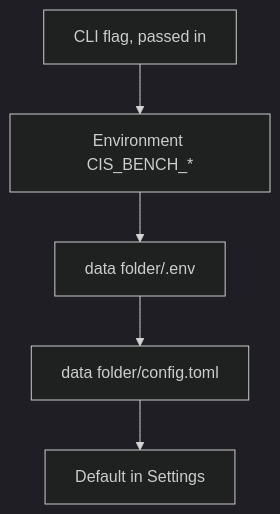
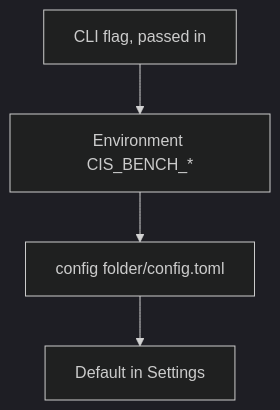
One commit to mitre/cis-bench changed the tenth of 13 diagrams in docs/developer-guide/architecture.md. Above: the diagram before and after it, drawn with Mermaid (dark theme). The commit also changed other lines of this file and 35 other files, not shown here.

````diff
--- a/docs/developer-guide/architecture.md
+++ b/docs/developer-guide/architecture.md
@@ -484,7 +484,6 @@
 ```mermaid
 graph TD
 A[CLI flag, passed in] --> B[Environment CIS_BENCH_*]
-B --> C[data folder/.env]
-C --> D[data folder/config.toml]
+B --> D[config folder/config.toml]
 D --> E[Default in Settings]
 ```
````
